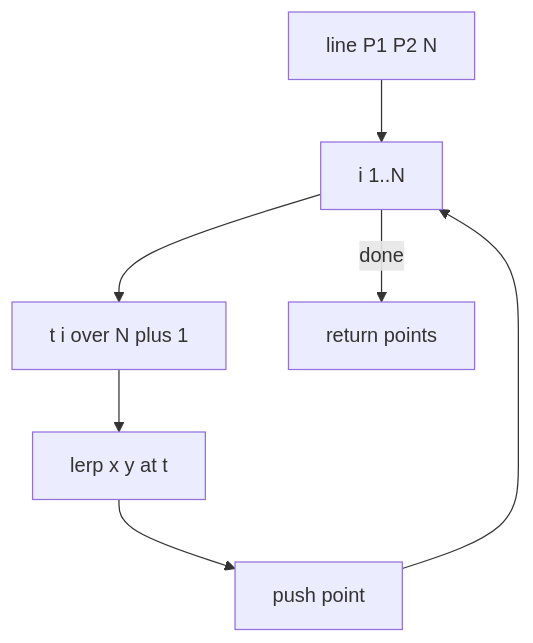
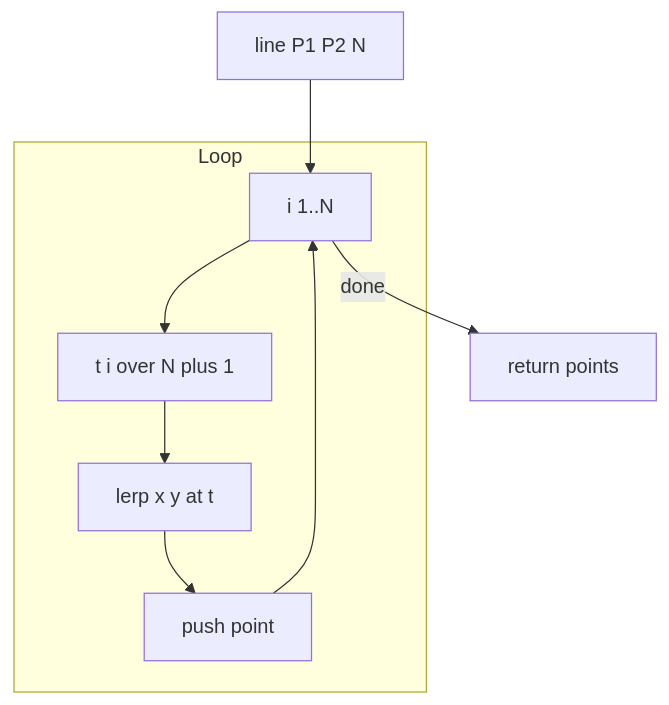
The second of 4 diagrams in docs/poly/distance_projection_and_offset.md (Gh0st352/AETHR), drawn with Mermaid before and after one commit. The commit also changed other lines of this file and 9 other files, not shown here.

First line of the commit message:
docs(poly): improve README headings and mermaid diagrams

````diff
--- a/docs/poly/distance_projection_and_offset.md
+++ b/docs/poly/distance_projection_and_offset.md
@@ -33,9 +50,21 @@
 ```mermaid
+%% shared theme: docs/_mermaid/theme.json %%
 flowchart TD
   IN[line P1 P2 N] --> LOOP[i 1..N]
   LOOP --> T[t i over N plus 1]
   T --> LERP[lerp x y at t]
   LERP --> PUSH[push point]
   PUSH --> LOOP
   LOOP -->|done| OUT[return points]
+
+  subgraph "Loop"
+    LOOP
+    T
+    LERP
+    PUSH
+  end
+
+  class IN class_io;
+  class LOOP,T,LERP,PUSH class_step;
+  class OUT class_result;
 ```
````
